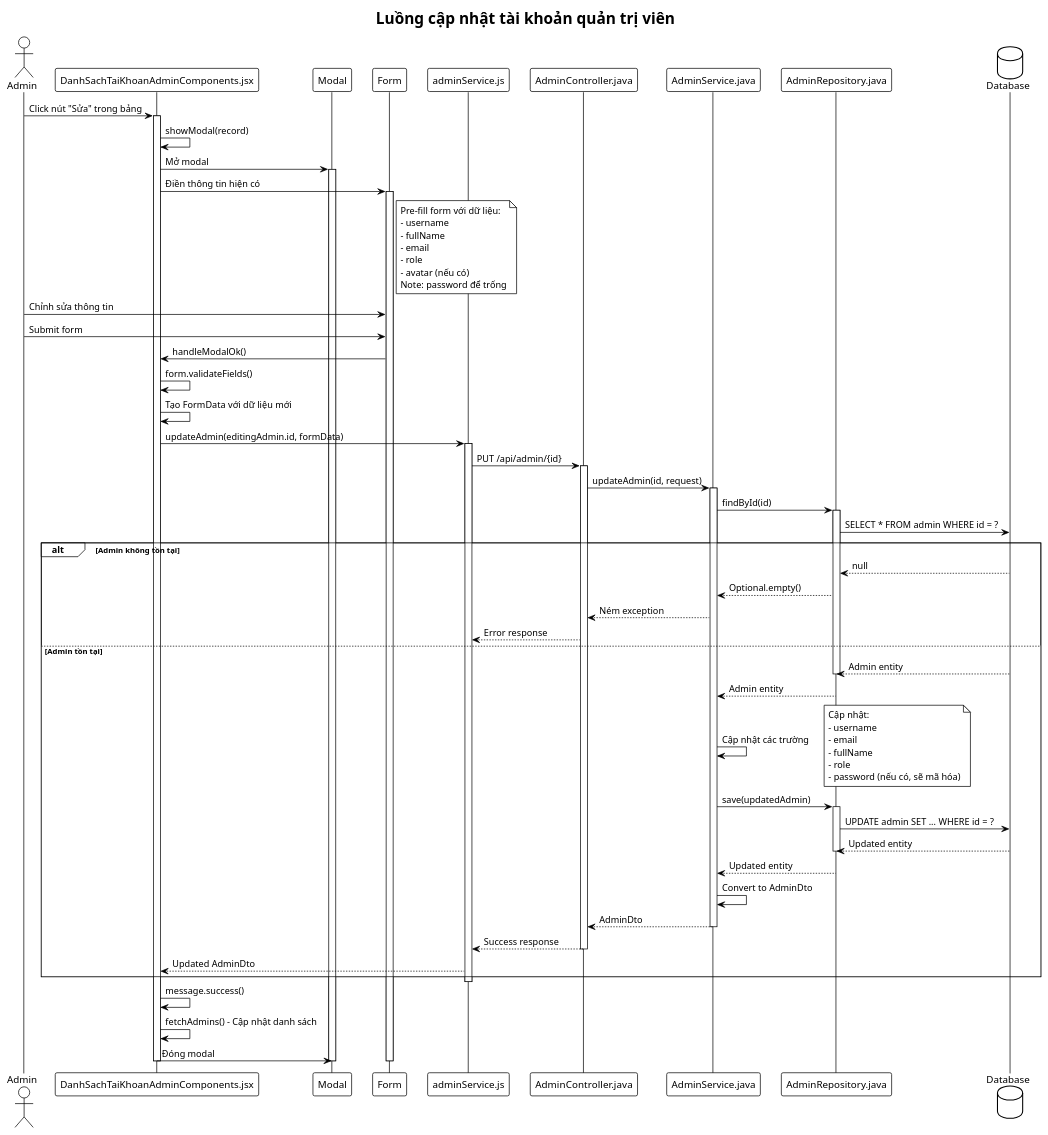
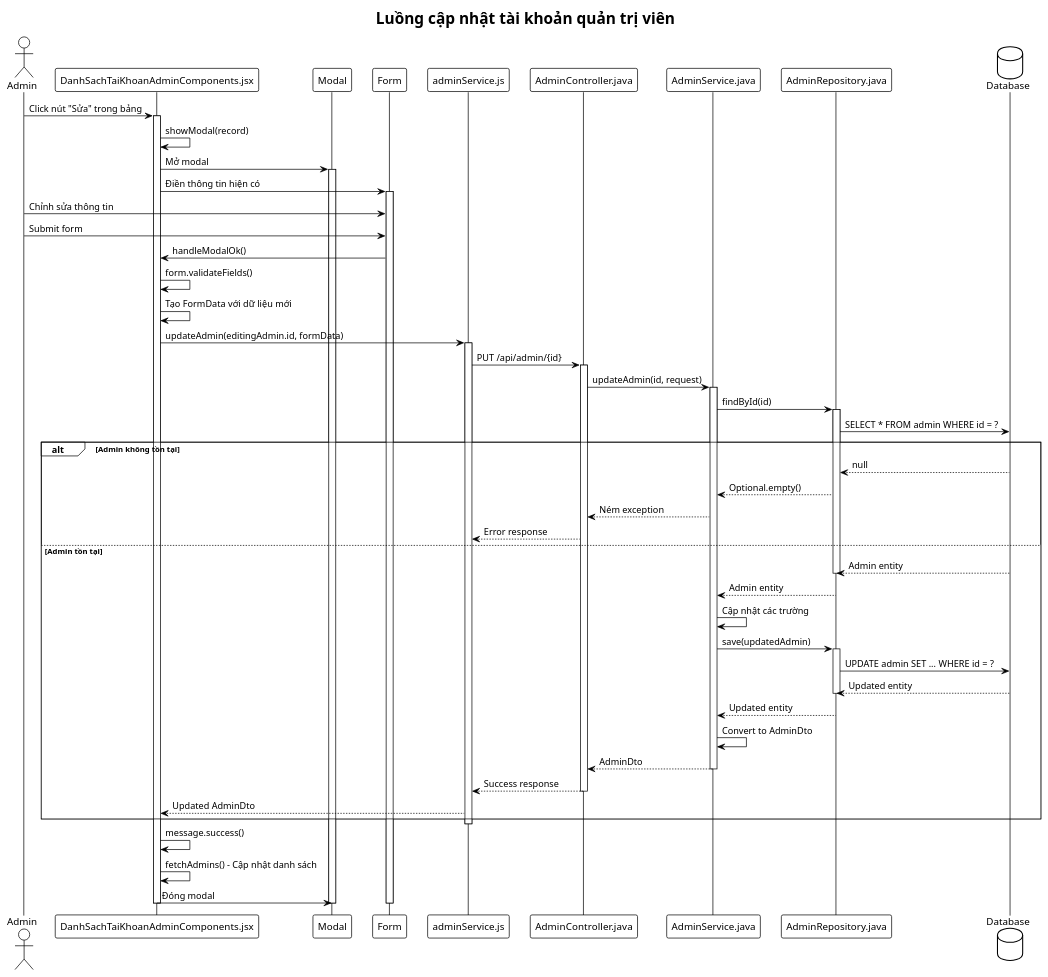
The diagram in src/main/java/vn/diemdanh/hethong/UML/XuLy/QuanLyTaiKhoanQuanTriVien/CapNhatTaiKhoanQuanTriVien.puml (truong-backend/He-Thong-Diem-Danh-STU), drawn with PlantUML before and after one commit. The commit also changed 84 other files, not shown here.

Commit message:
Sequence các quản lý tài khoản

```diff
--- a/src/main/java/vn/diemdanh/hethong/UML/XuLy/QuanLyTaiKhoanQuanTriVien/CapNhatTaiKhoanQuanTriVien.puml
+++ b/src/main/java/vn/diemdanh/hethong/UML/XuLy/QuanLyTaiKhoanQuanTriVien/CapNhatTaiKhoanQuanTriVien.puml
@@ -1,90 +1,75 @@
 @startuml
 !theme plain
 title Luồng cập nhật tài khoản quản trị viên
 
 actor Admin as admin
 participant "DanhSachTaiKhoanAdminComponents.jsx" as component
 participant "Modal" as modal
 participant "Form" as form
 participant "adminService.js" as service
 participant "AdminController.java" as controller
 participant "AdminService.java" as adminService
 participant "AdminRepository.java" as repository
 database "Database" as db
 
 admin -> component: Click nút "Sửa" trong bảng
 activate component
 component -> component: showModal(record)
 component -> modal: Mở modal
 activate modal
 component -> form: Điền thông tin hiện có
 activate form
-note right of form
-Pre-fill form với dữ liệu:
-- username
-- fullName
-- email
-- role
-- avatar (nếu có)
-Note: password để trống
-end note
+
 
 admin -> form: Chỉnh sửa thông tin
 admin -> form: Submit form
 form -> component: handleModalOk()
 component -> component: form.validateFields()
 component -> component: Tạo FormData với dữ liệu mới
 
 component -> service: updateAdmin(editingAdmin.id, formData)
 activate service
 service -> controller: PUT /api/admin/{id}
 activate controller
 controller -> adminService: updateAdmin(id, request)
 activate adminService
 
 adminService -> repository: findById(id)
 activate repository
 repository -> db: SELECT * FROM admin WHERE id = ?
 alt Admin không tồn tại
     db --> repository: null
     repository --> adminService: Optional.empty()
     adminService --> controller: Ném exception
     controller --> service: Error response
 else Admin tồn tại
     db --> repository: Admin entity
     deactivate repository
     repository --> adminService: Admin entity
 
     adminService -> adminService: Cập nhật các trường
-    note right
-    Cập nhật:
-    - username
-    - email
-    - fullName
-    - role
-    - password (nếu có, sẽ mã hóa)
-    end note
+
 
     adminService -> repository: save(updatedAdmin)
     activate repository
     repository -> db: UPDATE admin SET ... WHERE id = ?
     db --> repository: Updated entity
     deactivate repository
     repository --> adminService: Updated entity
     adminService -> adminService: Convert to AdminDto
     adminService --> controller: AdminDto
     deactivate adminService
     controller --> service: Success response
     deactivate controller
     service --> component: Updated AdminDto
 end
 deactivate service
 
 component -> component: message.success()
 component -> component: fetchAdmins() - Cập nhật danh sách
 component -> modal: Đóng modal
 
 deactivate form
 deactivate modal
 deactivate component
 @enduml
```
